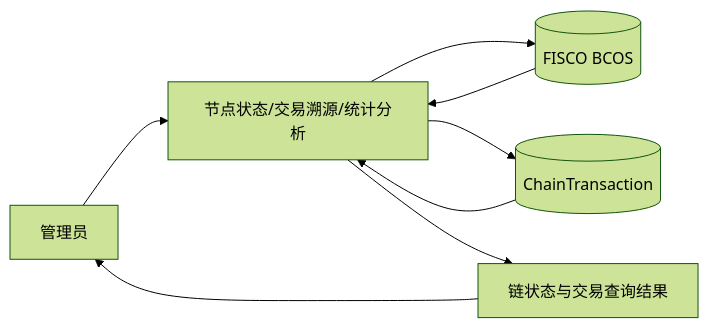
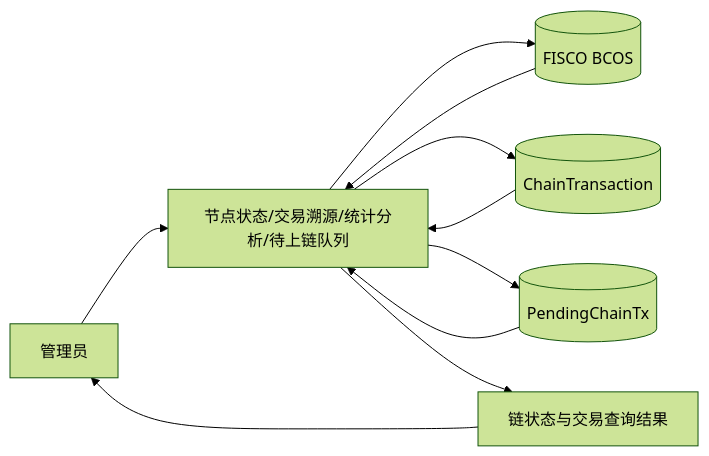
Before and after one commit to fs36/ConfChain: the fifth of 20 diagrams in docs/数据库设计说明书.md, drawn with Mermaid (forest theme). The commit also changed other lines of this file and 6 other files, not shown here.

````diff
--- a/docs/数据库设计说明书.md
+++ b/docs/数据库设计说明书.md
@@ -177,10 +181,12 @@
 ```mermaid
 graph LR
-  M[管理员] --> P4[节点状态/交易溯源/统计分析]
+  M[管理员] --> P4[节点状态/交易溯源/统计分析/待上链队列]
   P4 --> C[(FISCO BCOS)]
   C --> P4
   P4 --> D6[(ChainTransaction)]
   D6 --> P4
+  P4 --> D7[(PendingChainTx)]
+  D7 --> P4
   P4 --> O4[链状态与交易查询结果]
   O4 --> M
 ```
````
